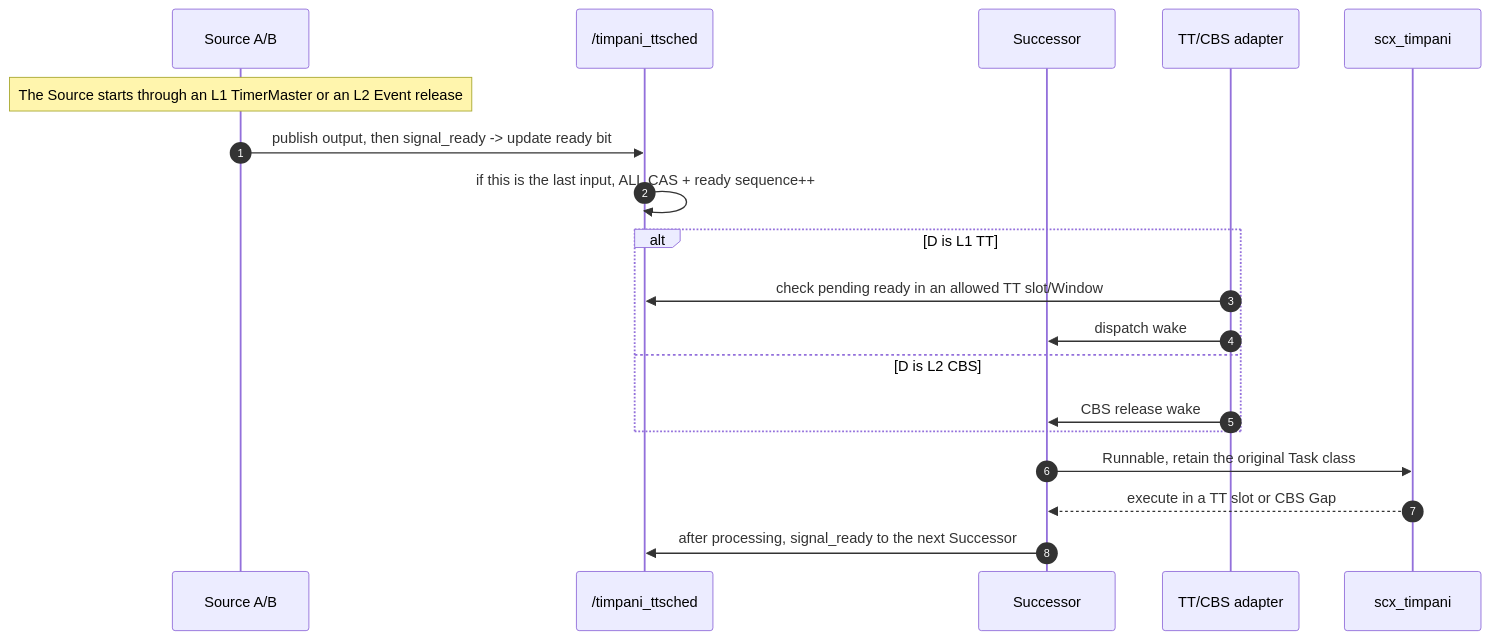
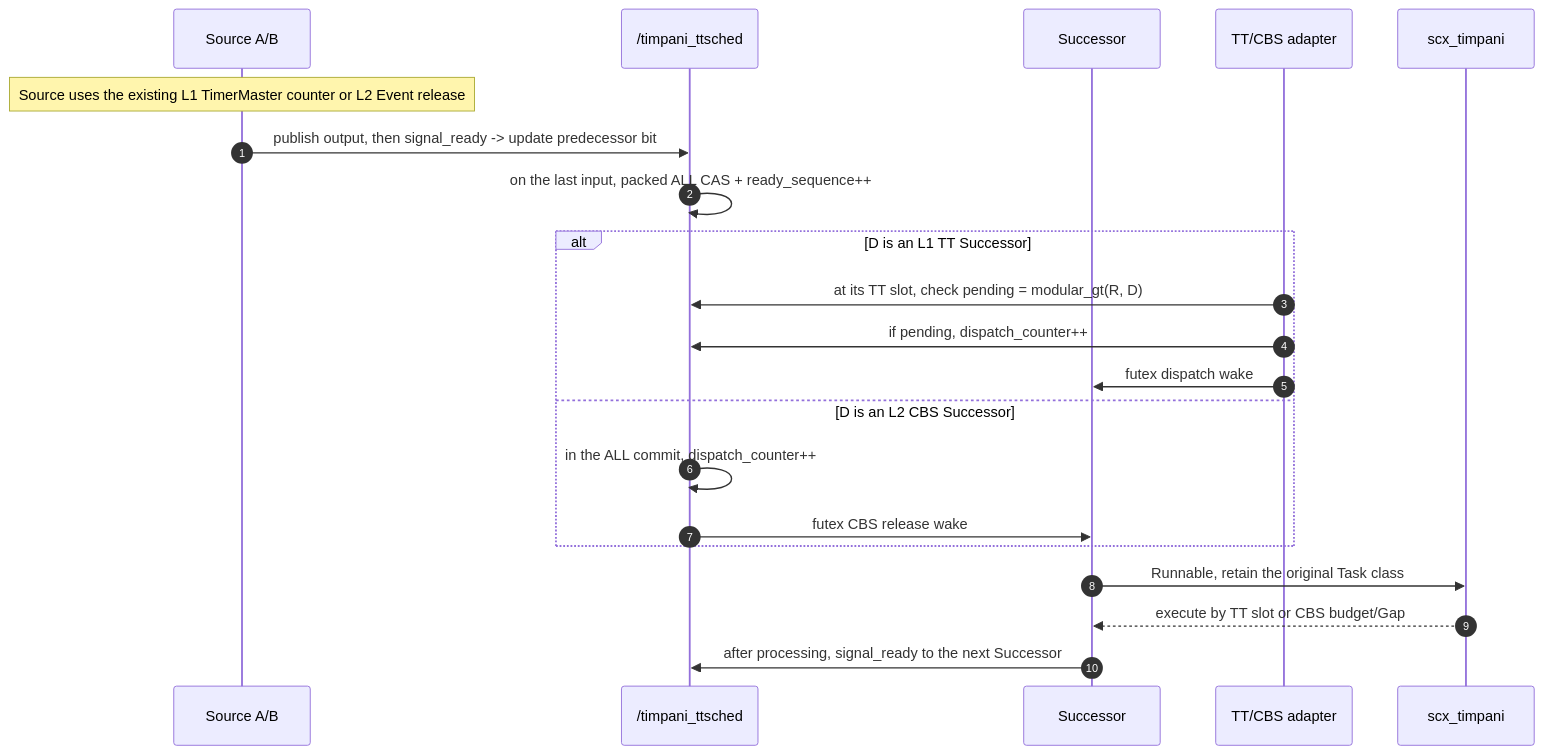
The third of 4 diagrams in doc/design/HLD-009-data-driven-workload.md (eclipse-timpani/timpani26), drawn with Mermaid before and after one commit. The commit also changed other lines of this file and 9 other files, not shown here.

````diff
--- a/doc/design/HLD-009-data-driven-workload.md
+++ b/doc/design/HLD-009-data-driven-workload.md
@@ -105,22 +110,24 @@
 ```mermaid
 sequenceDiagram
     autonumber
     participant P as Source A/B
     participant SHM as /timpani_ttsched
     participant D as Successor
     participant A as TT/CBS adapter
     participant BPF as scx_timpani
 
-    Note over P: The Source starts through an L1 TimerMaster or an L2 Event release
-    P->>SHM: publish output, then signal_ready -> update ready bit
-    SHM->>SHM: if this is the last input, ALL CAS + ready sequence++
-    alt D is L1 TT
-        A->>SHM: check pending ready in an allowed TT slot/Window
-        A->>D: dispatch wake
-    else D is L2 CBS
-        A->>D: CBS release wake
+    Note over P: Source uses the existing L1 TimerMaster counter or L2 Event release
+    P->>SHM: publish output, then signal_ready -> update predecessor bit
+    SHM->>SHM: on the last input, packed ALL CAS + ready_sequence++
+    alt D is an L1 TT Successor
+        A->>SHM: at its TT slot, check pending = modular_gt(R, D)
+        A->>SHM: if pending, dispatch_counter++
+        A->>D: futex dispatch wake
+    else D is an L2 CBS Successor
+        SHM->>SHM: in the ALL commit, dispatch_counter++
+        SHM->>D: futex CBS release wake
     end
     D->>BPF: Runnable, retain the original Task class
-    BPF-->>D: execute in a TT slot or CBS Gap
+    BPF-->>D: execute by TT slot or CBS budget/Gap
     D->>SHM: after processing, signal_ready to the next Successor
 ```
````
